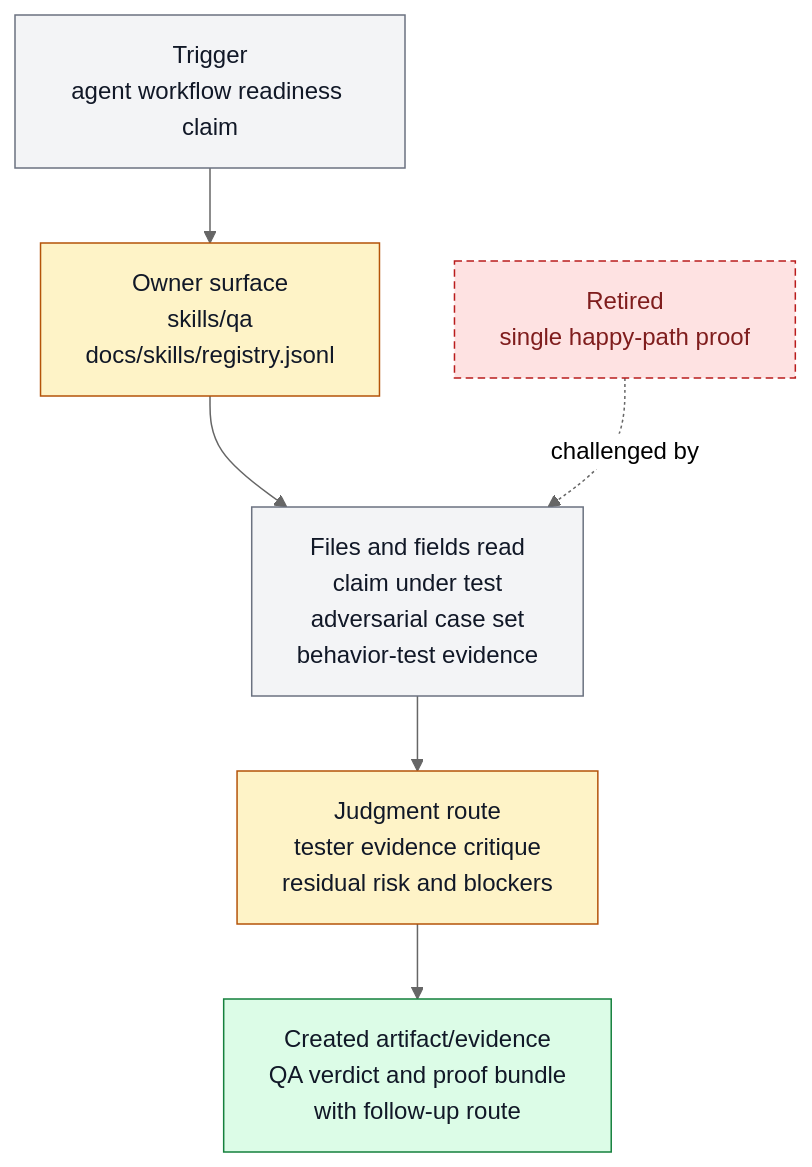
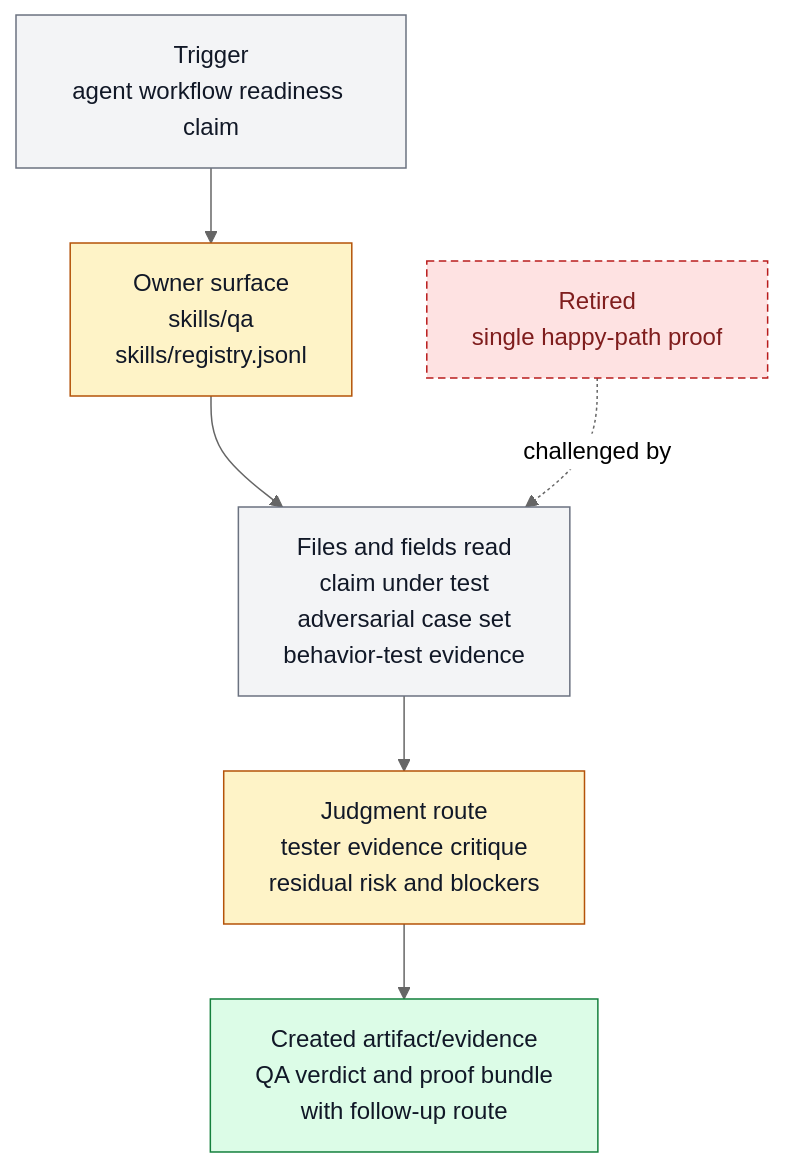
One commit to ZanarkandTechnologies/Farplane changed the diagram in docs/features/FEAT-0034-adversarial-agent-qa-test-skill.md. Above: the diagram before and after it, drawn with Mermaid (neutral theme). The commit also changed other lines of this file and 105 other files, not shown here.

````diff
--- a/docs/features/FEAT-0034-adversarial-agent-qa-test-skill.md
+++ b/docs/features/FEAT-0034-adversarial-agent-qa-test-skill.md
@@ -102,17 +102,17 @@
 ```mermaid
 flowchart TD
   classDef keep fill:#f3f4f6,stroke:#6b7280,color:#111827
   classDef changed fill:#fef3c7,stroke:#b45309,color:#111827
   classDef added fill:#dcfce7,stroke:#15803d,color:#111827
   classDef retired fill:#fee2e2,stroke:#b91c1c,color:#7f1d1d,stroke-dasharray: 5 3
 
   trigger["Trigger<br/>agent workflow readiness claim"]:::keep
-  owner["Owner surface<br/>skills/qa<br/>docs/skills/registry.jsonl"]:::changed
+  owner["Owner surface<br/>skills/qa<br/>skills/registry.jsonl"]:::changed
   readers["Files and fields read<br/>claim under test<br/>adversarial case set<br/>behavior-test evidence"]:::keep
   review["Judgment route<br/>tester evidence critique<br/>residual risk and blockers"]:::changed
   artifact["Created artifact/evidence<br/>QA verdict and proof bundle<br/>with follow-up route"]:::added
   old["Retired<br/>single happy-path proof"]:::retired
 
   trigger --> owner --> readers --> review --> artifact
   old -. challenged by .-> readers
 ```
````
